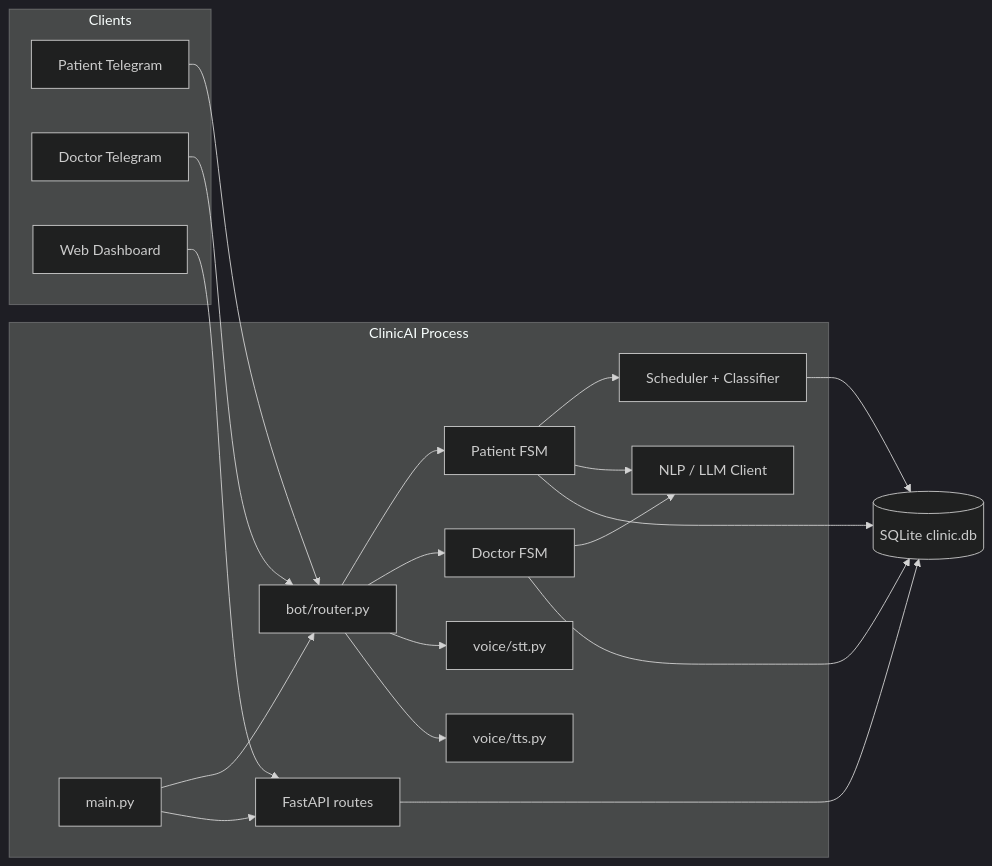
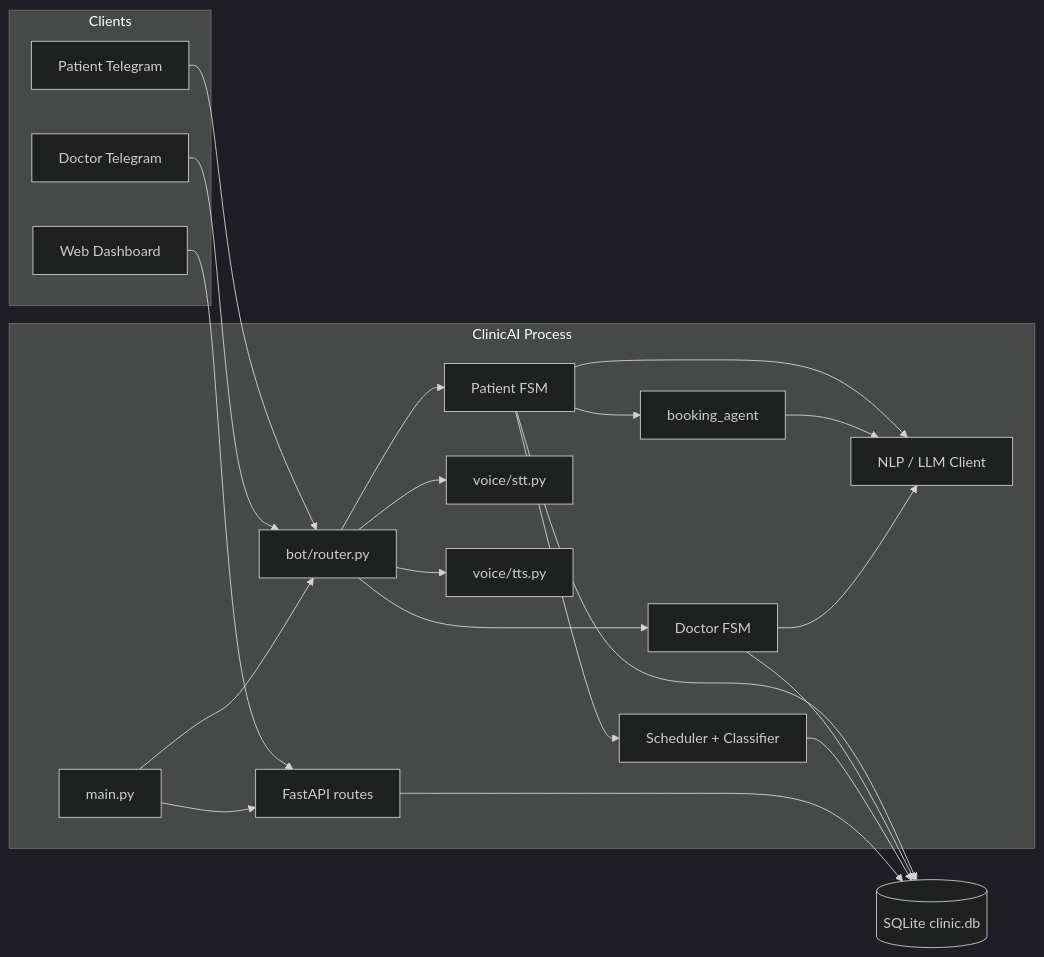
The first of 2 diagrams in README.md (HananMoAlnakhal/ClinicAI), drawn with Mermaid (dark theme) before and after one commit. The commit also changed other lines of this file and 8 other files, not shown here.

````diff
--- a/README.md
+++ b/README.md
@@ -45,39 +48,42 @@
 ```mermaid
 flowchart LR
     subgraph clients [Clients]
         PT[Patient Telegram]
         DR[Doctor Telegram]
         WEB[Web Dashboard]
     end
 
     subgraph app [ClinicAI Process]
         MAIN[main.py]
         BOT[bot/router.py]
         PFSM[Patient FSM]
         DFSM[Doctor FSM]
         SCH[Scheduler + Classifier]
         NLP[NLP / LLM Client]
+        BA[booking_agent]
         STT[voice/stt.py]
         TTS[voice/tts.py]
         API[FastAPI routes]
     end
 
     DB[(SQLite clinic.db)]
 
     PT --> BOT
     DR --> BOT
     WEB --> API
     MAIN --> BOT
     MAIN --> API
     BOT --> PFSM
     BOT --> DFSM
     PFSM --> SCH
     PFSM --> NLP
+    PFSM --> BA
+    BA --> NLP
     DFSM --> NLP
     BOT --> STT
     BOT --> TTS
     PFSM --> DB
     DFSM --> DB
     SCH --> DB
     API --> DB
 ```
````
